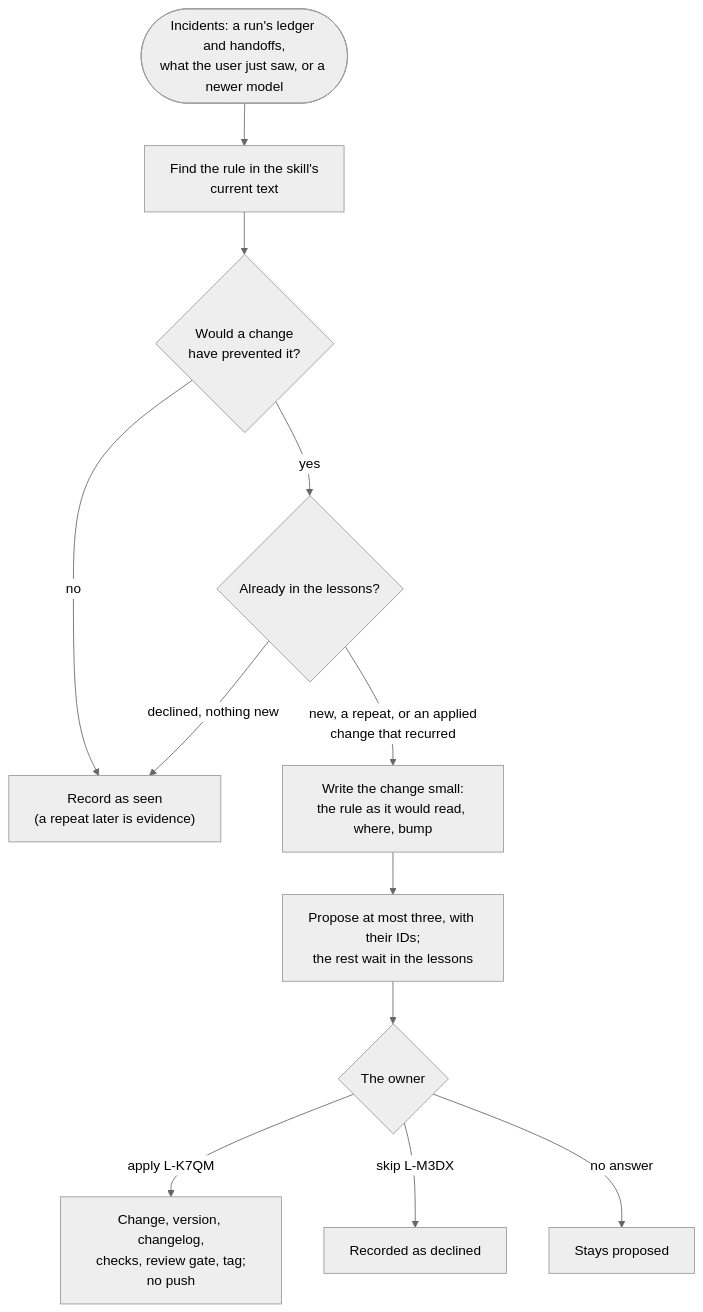
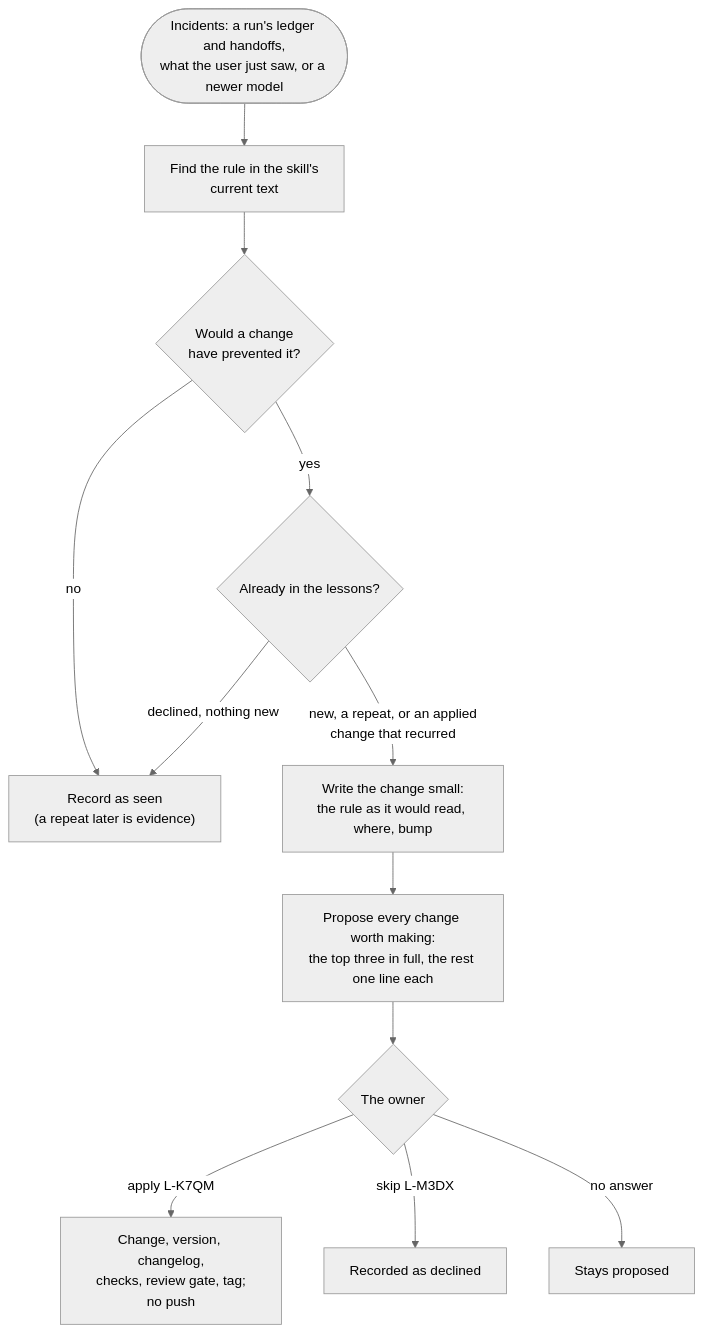
One commit to kristianbonnici/agent-skills changed the diagram in docs/skills/skill-evolution/README.md. Above: the diagram before and after it, drawn with Mermaid (neutral theme). The commit also changed other lines of this file and 6 other files, not shown here.

Commit message:
skill-evolution 1.3.0: propose every change worth making, the top three in full and the rest one line each; long-horizon-orchestrator 5.13.1 reports them so

````diff
--- a/docs/skills/skill-evolution/README.md
+++ b/docs/skills/skill-evolution/README.md
@@ -13,14 +13,14 @@
 ```mermaid
 flowchart TD
   src(["Incidents: a run's ledger and handoffs,<br/>what the user just saw, or a newer model"]) --> rule["Find the rule in the skill's<br/>current text"]
   rule --> help{Would a change<br/>have prevented it?}
   help -->|no| seen["Record as seen<br/>(a repeat later is evidence)"]
   help -->|yes| past{Already in the lessons?}
   past -->|"declined, nothing new"| seen
   past -->|"new, a repeat, or an applied<br/>change that recurred"| prop["Write the change small:<br/>the rule as it would read, where, bump"]
-  prop --> top["Propose at most three, with their IDs;<br/>the rest wait in the lessons"]
+  prop --> top["Propose every change worth making:<br/>the top three in full, the rest one line each"]
   top --> owner{The owner}
   owner -->|"apply L-K7QM"| apply["Change, version, changelog,<br/>checks, review gate, tag;<br/>no push"]
   owner -->|"skip L-M3DX"| declined["Recorded as declined"]
   owner -->|no answer| wait["Stays proposed"]
 ```
````
